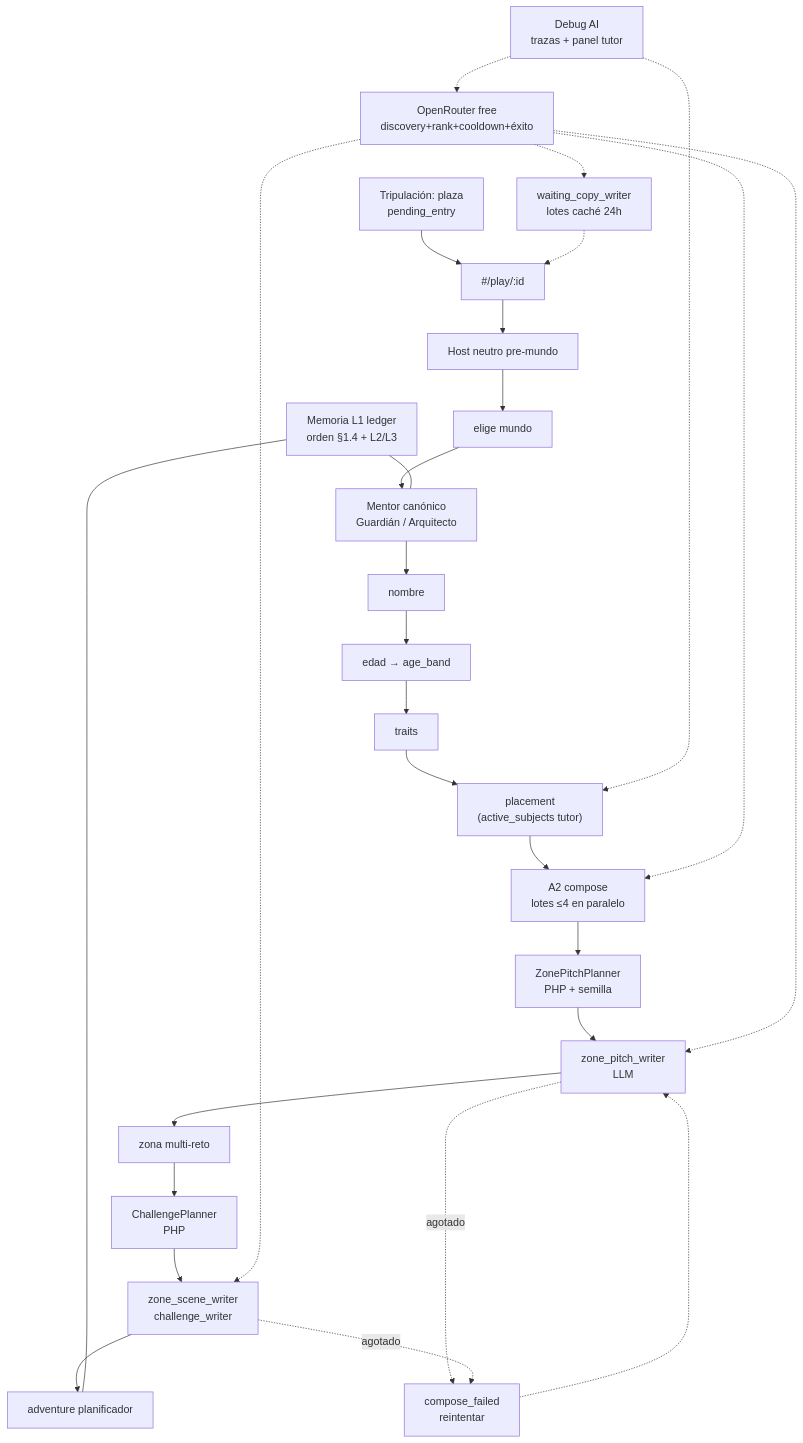
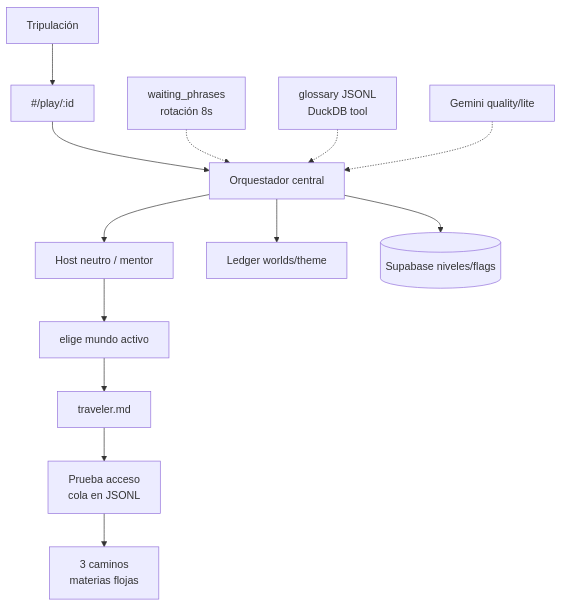
One commit to KuiperBelt-PRO/kidepik changed the diagram in .cursor/diagrams/11-child-adventure-pipeline.md. Above: the diagram before and after it, drawn with Mermaid. The commit also changed other lines of this file and 101 other files, not shown here.

First line of the commit message:
add orchestrator, waiting JSONL and backlog UI cortes 0-8

````diff
--- a/.cursor/diagrams/11-child-adventure-pipeline.md
+++ b/.cursor/diagrams/11-child-adventure-pipeline.md
@@ -9,39 +7,24 @@
 ```mermaid
 flowchart TB
-  Crew["Tripulación: plaza\npending_entry"]
+  Crew["Tripulación"]
   Play["#/play/:id"]
-  Host[Host neutro pre-mundo]
-  World[elige mundo]
-  Mentor[Mentor canónico\nGuardián / Arquitecto]
-  Name[nombre]
-  Age[edad → age_band]
-  Char[traits]
-  Exam["placement\n(active_subjects tutor)"]
-  Batches["A2 compose\nlotes ≤4 en paralelo"]
-  PitchPlan["ZonePitchPlanner\nPHP + semilla"]
-  PitchLLM["zone_pitch_writer\nLLM"]
-  ZonePlan["ChallengePlanner\nPHP"]
-  SceneLLM["zone_scene_writer\nchallenge_writer"]
-  Zone[zona multi-reto]
-  WaitLLM["waiting_copy_writer\nlotes caché 24h"]
-  Sess[adventure planificador]
-  Mem["Memoria L1 ledger\norden §1.4 + L2/L3"]
-  Free[OpenRouter free\ndiscovery+rank+cooldown+éxito]
-  ComposeFail["compose_failed\nreintentar"]
-  Debug[Debug AI\ntrazas + panel tutor]
+  Orch[Orquestador central]
+  Host[Host neutro / mentor]
+  World[elige mundo activo]
+  Char[traveler.md]
+  Exam["Prueba acceso<br/>cola en JSONL"]
+  Paths["3 caminos<br/>materias flojas"]
+  Wait["waiting_phrases<br/>rotación 8s"]
+  Gloss["glossary JSONL<br/>DuckDB tool"]
+  Mem["Ledger worlds/theme"]
+  PG[(Supabase niveles/flags)]
+  Gemini[Gemini quality/lite]
 
-  Crew --> Play --> Host --> World --> Mentor
-  Mentor --> Name --> Age --> Char --> Exam --> Batches --> PitchPlan --> PitchLLM --> Zone --> ZonePlan --> SceneLLM --> Sess
-  WaitLLM -.-> Play
-  Free -.-> PitchLLM
-  Free -.-> SceneLLM
-  Free -.-> WaitLLM
-  Free -.-> Batches
-  PitchLLM -.->|agotado| ComposeFail
-  SceneLLM -.->|agotado| ComposeFail
-  ComposeFail -.-> PitchLLM
-  Debug -.-> Exam
-  Debug -.-> Free
-  Mem --- Sess
-  Mem --- Mentor
+  Crew --> Play --> Orch
+  Orch --> Host --> World --> Char --> Exam --> Paths
+  Wait -.-> Orch
+  Gloss -.-> Orch
+  Gemini -.-> Orch
+  Orch --> Mem
+  Orch --> PG
 ```
````
